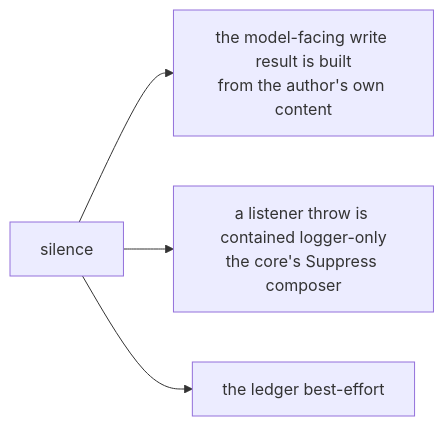
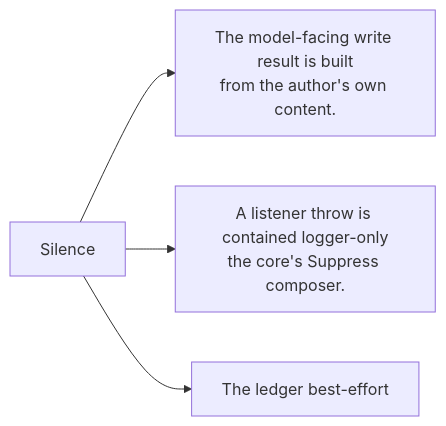
Before and after one commit to PlayForm/Site-DeepSeek: the diagram in Source/Content/Mermaid/govpkg-silence.mmd, drawn with Mermaid. The commit also changed 221 other files, not shown here.

```diff
--- a/Source/Content/Mermaid/govpkg-silence.mmd
+++ b/Source/Content/Mermaid/govpkg-silence.mmd
@@ -1,8 +1,8 @@
 flowchart LR
-	SIL["silence"]
-	RESULT["the model-facing write result is built<br/>from the author's own content"]
-	SUPP["a listener throw is contained logger-only<br/>the core's Suppress composer"]
-	BEST["the ledger best-effort"]
+	SIL["Silence"]
+	RESULT["The model-facing write result is built<br/>from the author's own content."]
+	SUPP["A listener throw is contained logger-only<br/>the core's Suppress composer."]
+	BEST["The ledger best-effort"]
 	SIL --> RESULT
 	SIL --> SUPP
 	SIL --> BEST
```
